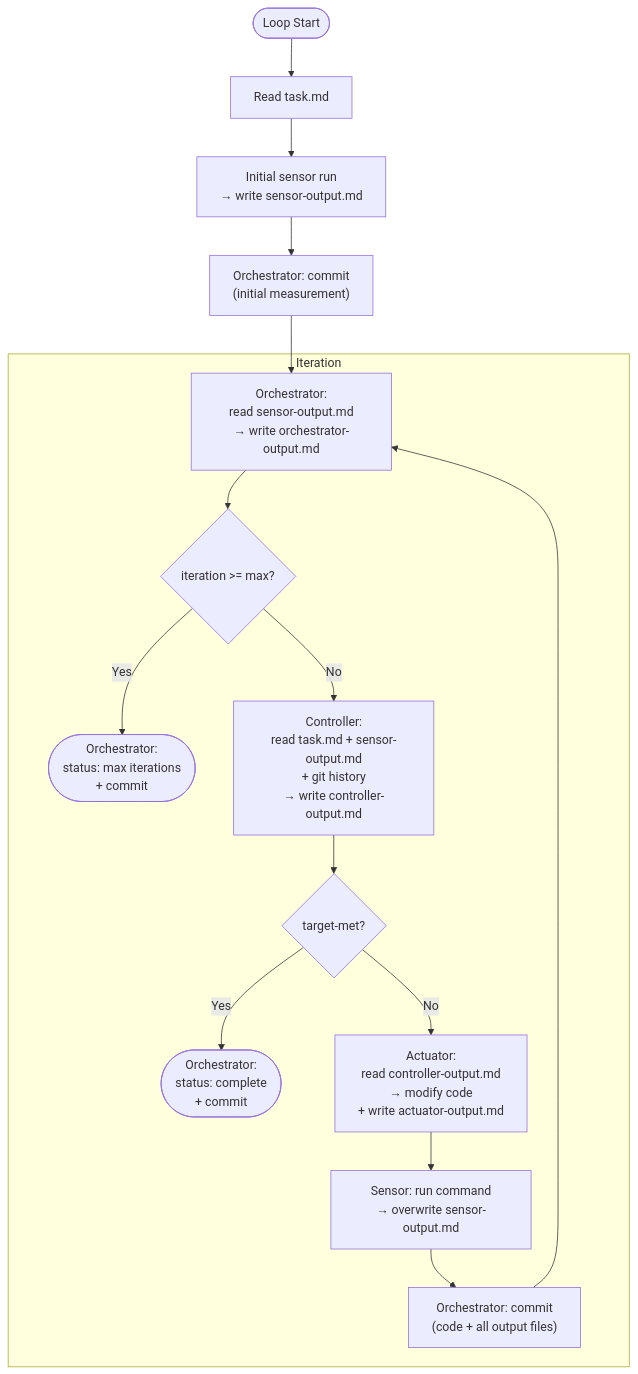
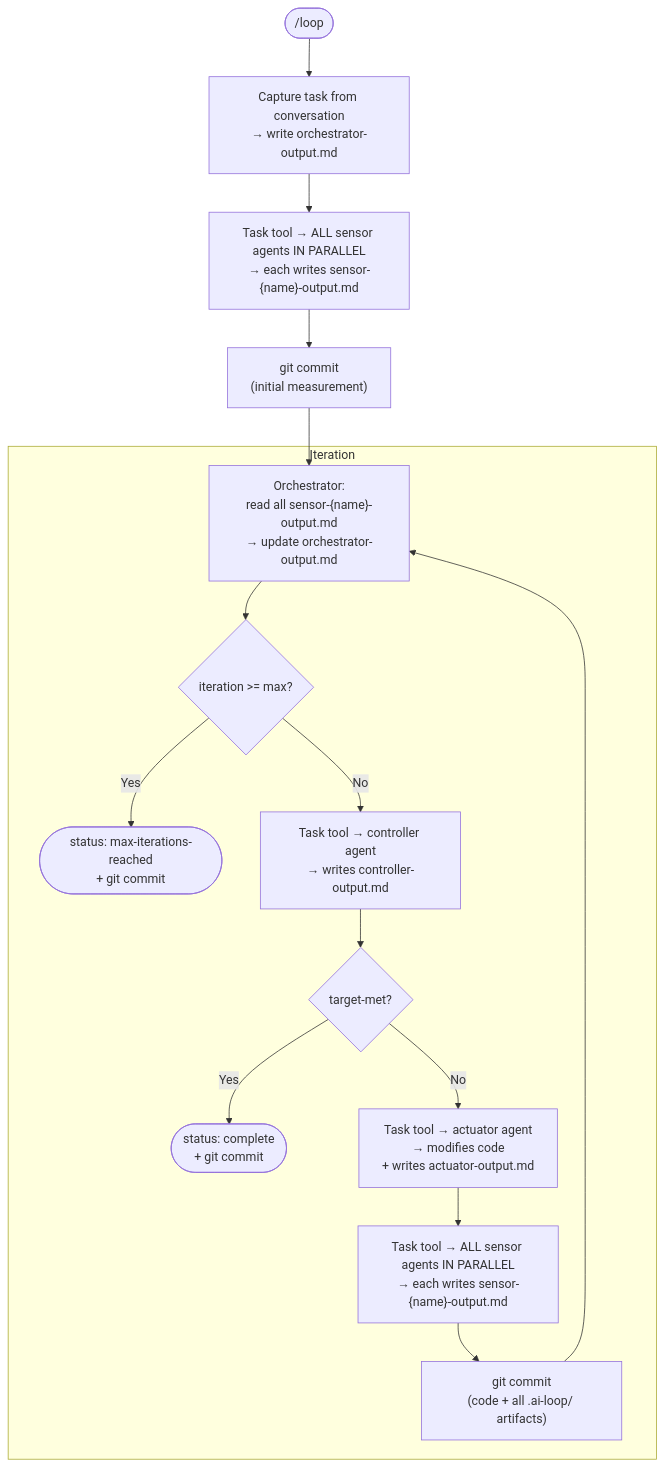
The first of 2 diagrams in docs/loop-detailed-design.md (GuillaumeTaffin/ai-loops), drawn with Mermaid before and after one commit. The commit also changed other lines of this file and 9 other files, not shown here.

````diff
--- a/docs/loop-detailed-design.md
+++ b/docs/loop-detailed-design.md
@@ -352,22 +560,22 @@
 ```mermaid
 flowchart TD
-    START([Loop Start]) --> INIT["Read task.md"]
-    INIT --> SENSE_INIT["Initial sensor run\n→ write sensor-output.md"]
-    SENSE_INIT --> COMMIT_INIT["Orchestrator: commit\n(initial measurement)"]
+    START(["/loop"]) --> CAPTURE["Capture task from conversation\n→ write orchestrator-output.md"]
+    CAPTURE --> SENSE_INIT["Task tool → ALL sensor agents IN PARALLEL\n→ each writes sensor-{name}-output.md"]
+    SENSE_INIT --> COMMIT_INIT["git commit\n(initial measurement)"]
 
     COMMIT_INIT --> ORCH
 
     subgraph "Iteration"
-        ORCH["Orchestrator:\nread sensor-output.md\n→ write orchestrator-output.md"]
+        ORCH["Orchestrator:\nread all sensor-{name}-output.md\n→ update orchestrator-output.md"]
         ORCH --> MAX{"iteration >= max?"}
-        MAX -- "Yes" --> FAIL(["Orchestrator:\nstatus: max iterations\n+ commit"])
-        MAX -- "No" --> CTRL["Controller:\nread task.md + sensor-output.md\n+ git history\n→ write controller-output.md"]
+        MAX -- "Yes" --> FAIL(["status: max-iterations-reached\n+ git commit"])
+        MAX -- "No" --> CTRL["Task tool → controller agent\n→ writes controller-output.md"]
         CTRL --> CHECK{"target-met?"}
-        CHECK -- "Yes" --> DONE(["Orchestrator:\nstatus: complete\n+ commit"])
-        CHECK -- "No" --> ACT["Actuator:\nread controller-output.md\n→ modify code\n+ write actuator-output.md"]
-        ACT --> SENSE["Sensor: run command\n→ overwrite sensor-output.md"]
-        SENSE --> COMMIT["Orchestrator: commit\n(code + all output files)"]
+        CHECK -- "Yes" --> DONE(["status: complete\n+ git commit"])
+        CHECK -- "No" --> ACT["Task tool → actuator agent\n→ modifies code\n+ writes actuator-output.md"]
+        ACT --> SENSE["Task tool → ALL sensor agents IN PARALLEL\n→ each writes sensor-{name}-output.md"]
+        SENSE --> COMMIT["git commit\n(code + all .ai-loop/ artifacts)"]
     end
 
     COMMIT --> ORCH
 ```
````
